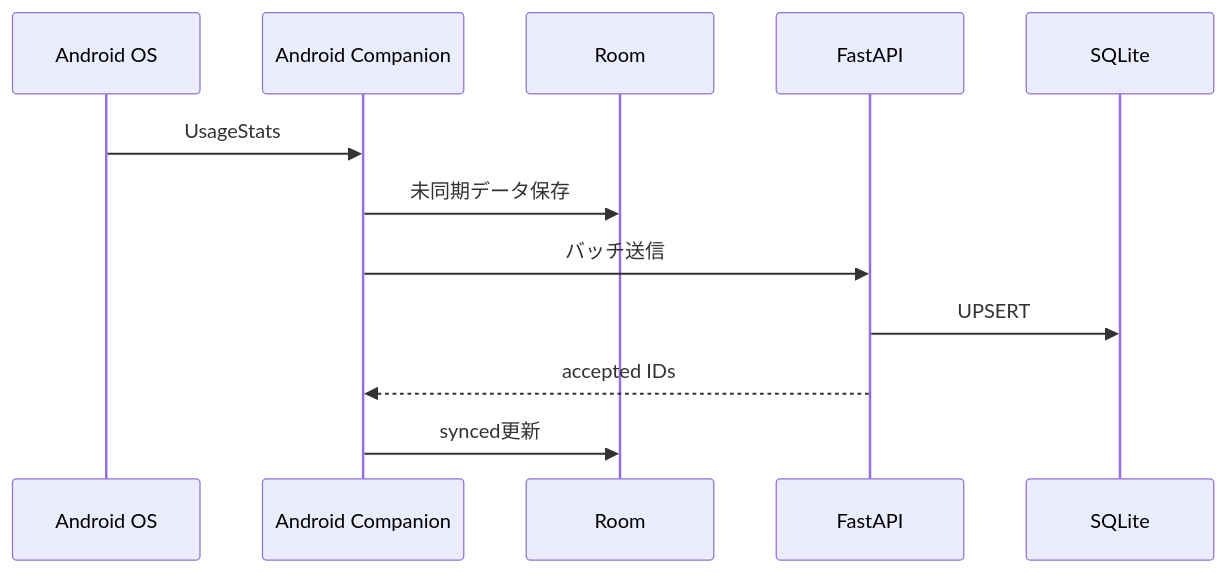
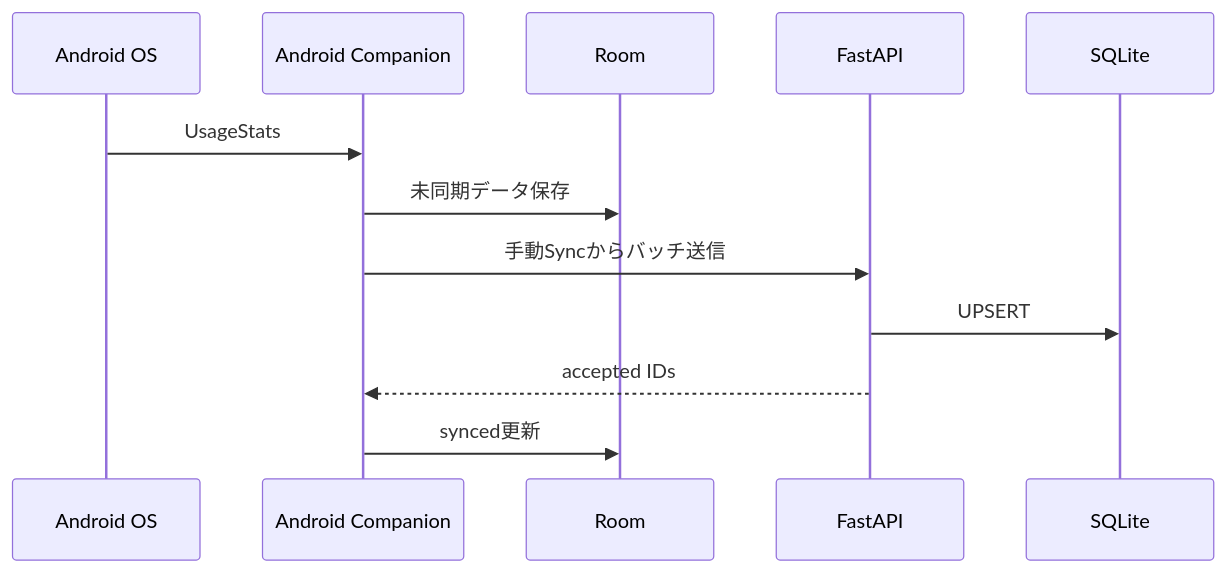
The second of 3 diagrams in docs/architecture.md (Megane14916/life-timeline), drawn with Mermaid before and after one commit. The commit also changed other lines of this file and 4 other files, not shown here.

Commit message:
docs: align phase 2 architecture and plans

````diff
--- a/docs/architecture.md
+++ b/docs/architecture.md
@@ -203,15 +206,15 @@
 ```mermaid
 sequenceDiagram
     participant OS as Android OS
     participant App as Android Companion
     participant Room
     participant PC as FastAPI
     participant DB as SQLite
 
     OS->>App: UsageStats
     App->>Room: 未同期データ保存
-    App->>PC: バッチ送信
+    App->>PC: 手動Syncからバッチ送信
     PC->>DB: UPSERT
     PC-->>App: accepted IDs
     App->>Room: synced更新
 ```
````
